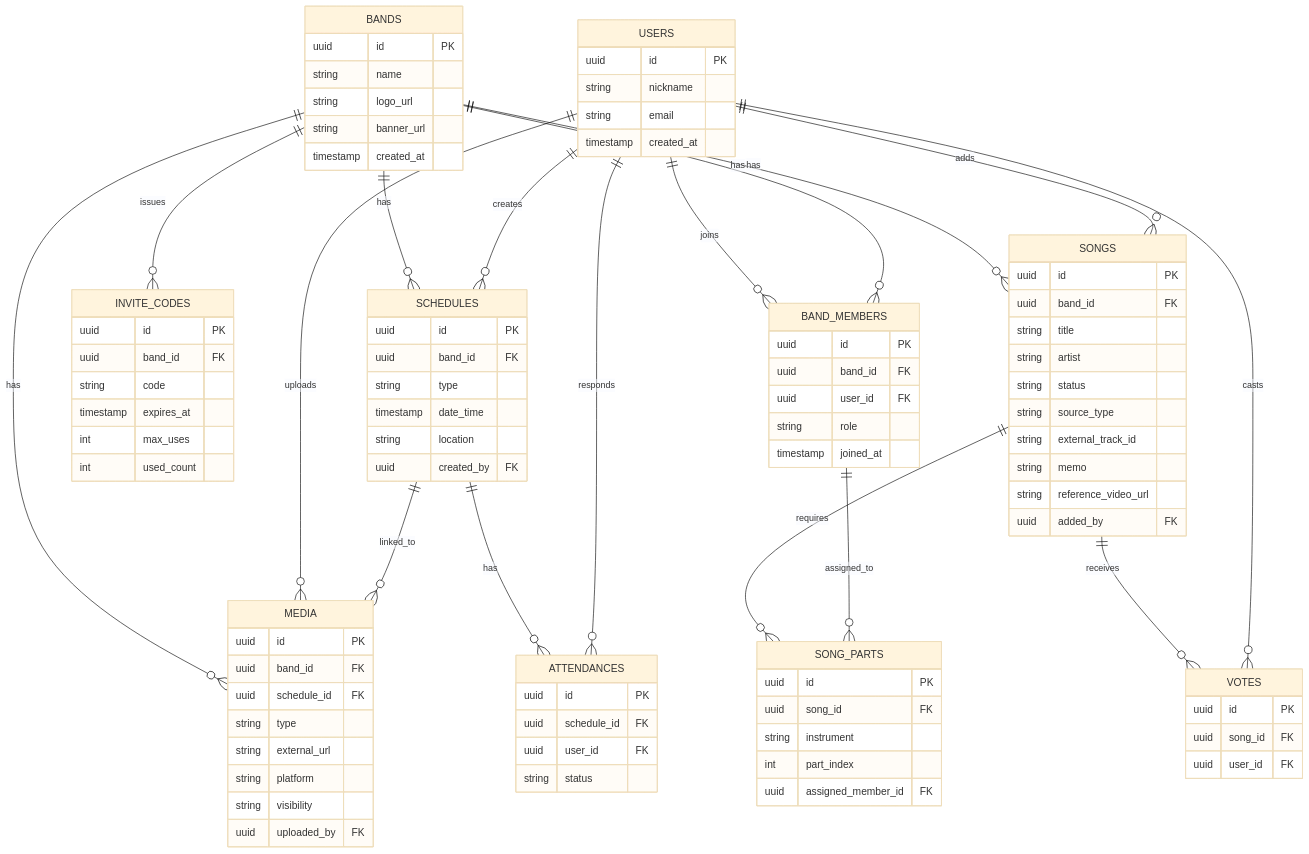
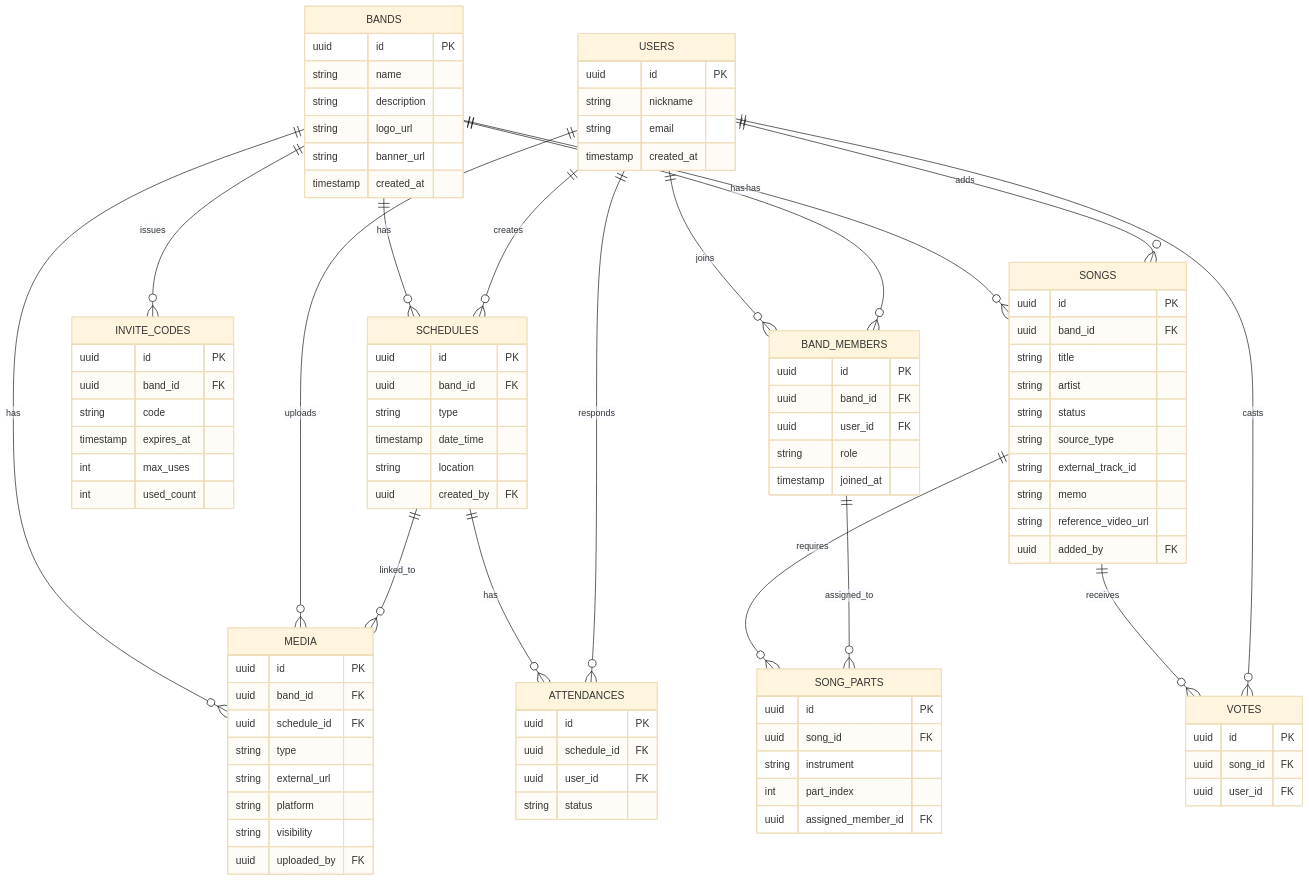
One commit to hyunsoo121/Bandive changed the first of 4 diagrams in README.md. Above: the diagram before and after it, drawn with Mermaid (base theme). The commit also changed other lines of this file and 22 other files, not shown here.

```diff
--- a/README.md
+++ b/README.md
@@ -141,6 +124,7 @@
   BANDS {
     uuid id PK
     string name
+    string description
     string logo_url
     string banner_url
     timestamp created_at
```
